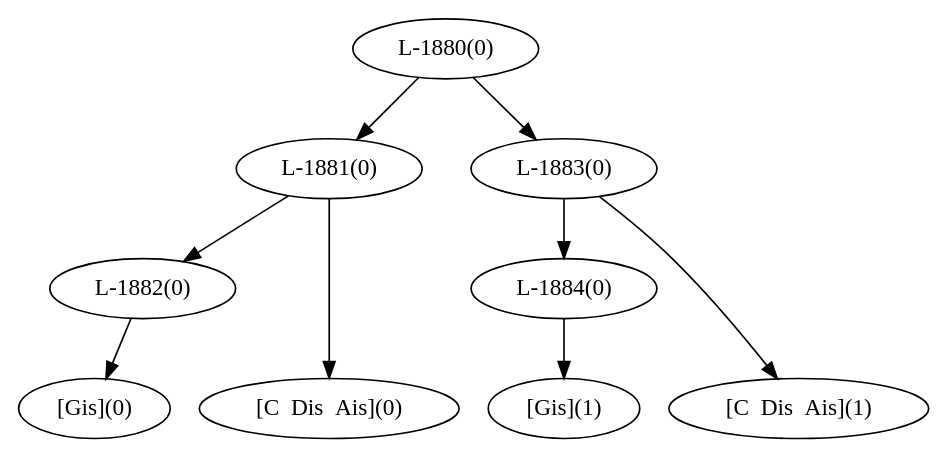
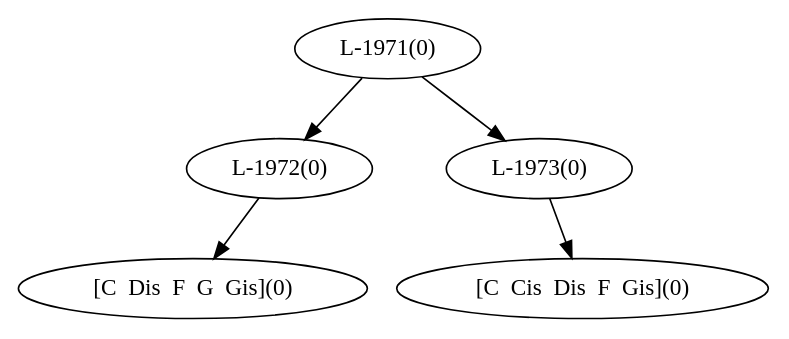
One commit to dousu/MAILM changed the diagram in Result/dot/test_utter.dot. Above: the diagram before and after it, drawn with Graphviz. The commit also changed 58 other files, not shown here.

```diff
--- a/Result/dot/test_utter.dot
+++ b/Result/dot/test_utter.dot
@@ -1,14 +1,9 @@
 digraph sample{
-"L-1882(0)"->"[Gis](0)"
-"L-1881(0)"->"[C  Dis  Ais](0)"
-"L-1881(0)"->"L-1882(0)"
-"L-1884(0)"->"[Gis](1)"
-"L-1883(0)"->"[C  Dis  Ais](1)"
-"L-1883(0)"->"L-1884(0)"
-"L-1880(0)"->"L-1881(0)"
-"L-1880(0)"->"L-1883(0)"
-{rank = min; "L-1880(0)"}
-{rank = same; "L-1881(0)"; "L-1883(0)";}
-{rank = same; "L-1882(0)"; "L-1884(0)";}
-{rank = max; "[C  Dis  Ais](0)"; "[C  Dis  Ais](1)"; "[Gis](0)"; "[Gis](1)";}
+"L-1972(0)"->"[C  Dis  F  G  Gis](0)"
+"L-1973(0)"->"[C  Cis  Dis  F  Gis](0)"
+"L-1971(0)"->"L-1972(0)"
+"L-1971(0)"->"L-1973(0)"
+{rank = min; "L-1971(0)"}
+{rank = same; "L-1972(0)"; "L-1973(0)";}
+{rank = max; "[C  Cis  Dis  F  Gis](0)"; "[C  Dis  F  G  Gis](0)";}
 }
```
